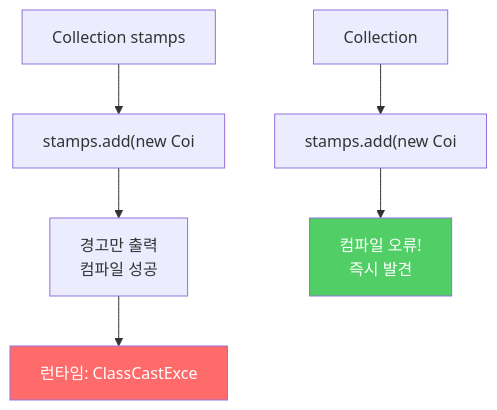
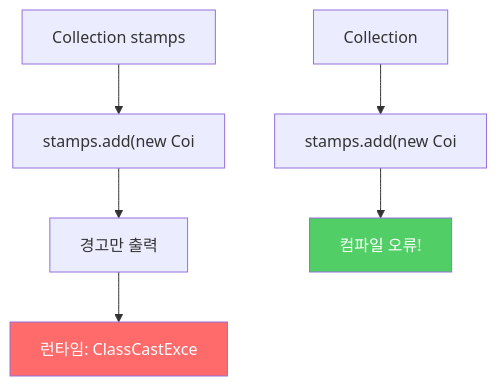
One commit to yjkim2015/yjkim2015.github.io changed the first of 3 diagrams in _posts/java/2022-01-05-effective-java26.md. Above: the diagram before and after it, drawn with Mermaid. The commit also changed other lines of this file and 217 other files, not shown here.

First line of the commit message:
Mermaid 크기 수정: useMaxWidth:true + SVG max-width:100% + 라벨 축소

````diff
--- a/_posts/java/2022-01-05-effective-java26.md
+++ b/_posts/java/2022-01-05-effective-java26.md
@@ -55,10 +55,10 @@
 ```mermaid
 graph TD
     A["Collection stamps"] --> B["stamps.add(new Coi"]
-    B --> C["경고만 출력\n컴파일 성공"]
+    B --> C["경고만 출력"]
     C --> D["런타임: ClassCastExce"]
     E["Collection<Stamp>"] --> F["stamps.add(new Coi"]
-    F --> G["컴파일 오류!\n즉시 발견"]
+    F --> G["컴파일 오류!"]
     style D fill:#ff6b6b,color:#fff
     style G fill:#51cf66,color:#fff
 ```
````
